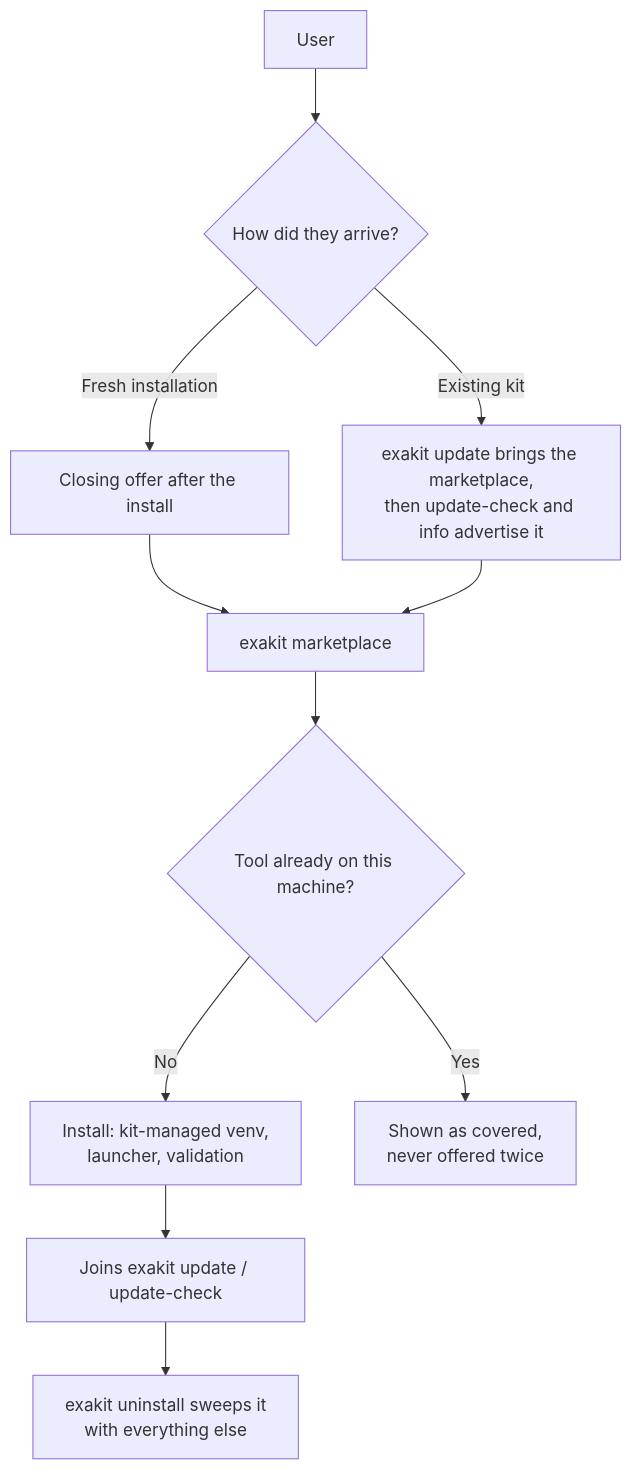
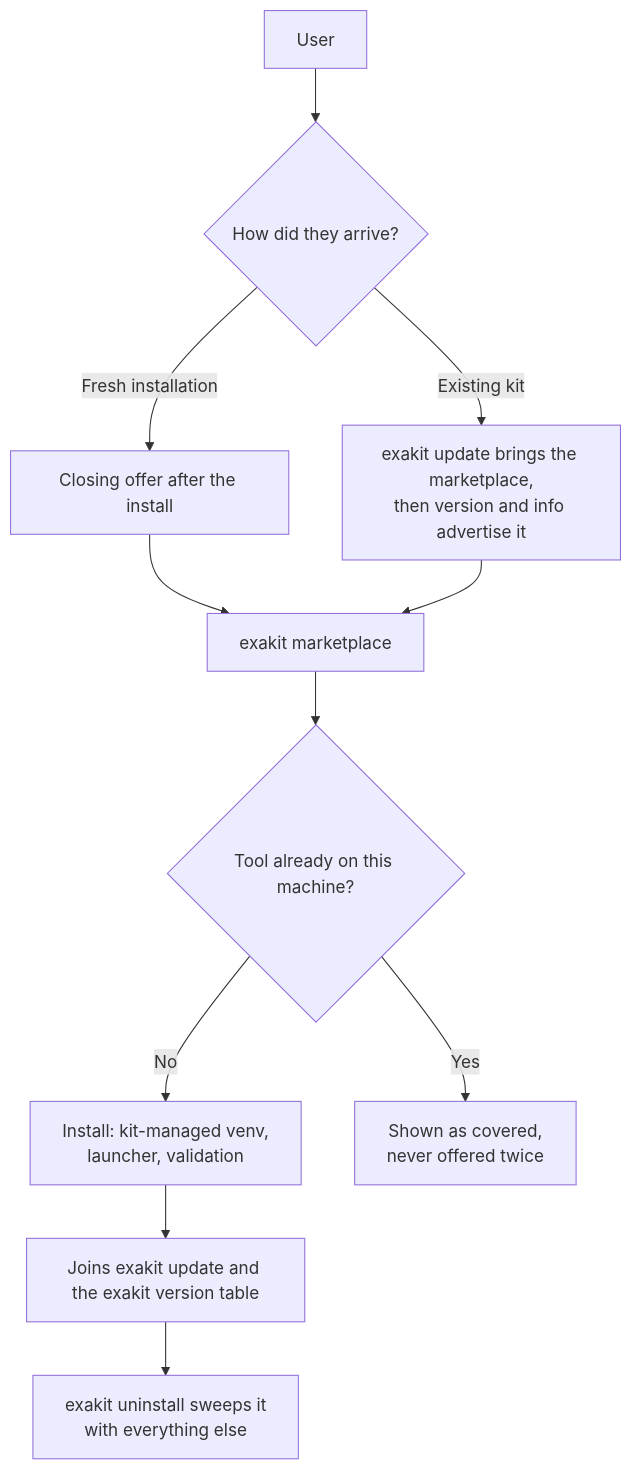
Before and after one commit to Sheetaldharshan200/update-path: the first of 7 diagrams in MARKETPLACE-FLOWS.md, drawn with Mermaid. The commit also changed other lines of this file and 32 other files, not shown here.

````diff
--- a/MARKETPLACE-FLOWS.md
+++ b/MARKETPLACE-FLOWS.md
@@ -25,20 +25,20 @@
 ```mermaid
 flowchart TD
     A[User] --> B{How did they arrive?}
     B -->|Fresh installation| C[Closing offer after the install]
-    B -->|Existing kit| D[exakit update brings the marketplace,<br>then update-check and info advertise it]
+    B -->|Existing kit| D[exakit update brings the marketplace,<br>then version and info advertise it]
     C --> E[exakit marketplace]
     D --> E
     E --> F{Tool already on this machine?}
     F -->|No| G[Install: kit-managed venv,<br>launcher, validation]
     F -->|Yes| H[Shown as covered,<br>never offered twice]
-    G --> I[Joins exakit update / update-check]
+    G --> I[Joins exakit update and the exakit version table]
     I --> J[exakit uninstall sweeps it<br>with everything else]
 
     click C "#scenario-1-fresh-installation"
     click D "#scenario-2-existing-kit-via-the-update-path"
     click E "#scenario-3-browsing-and-installing"
     click H "#scenario-5-the-tool-is-already-on-the-machine"
     click I "#scenario-4-keeping-an-add-on-up-to-date"
     click J "#scenario-6-removal"
 ```
````
